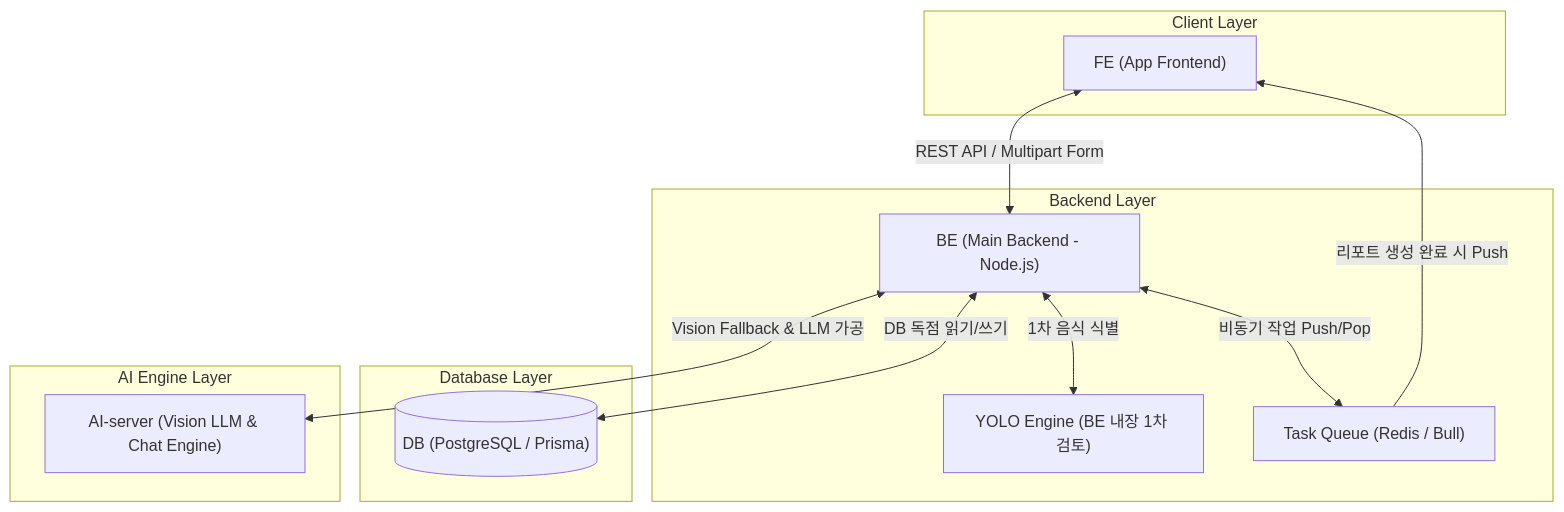
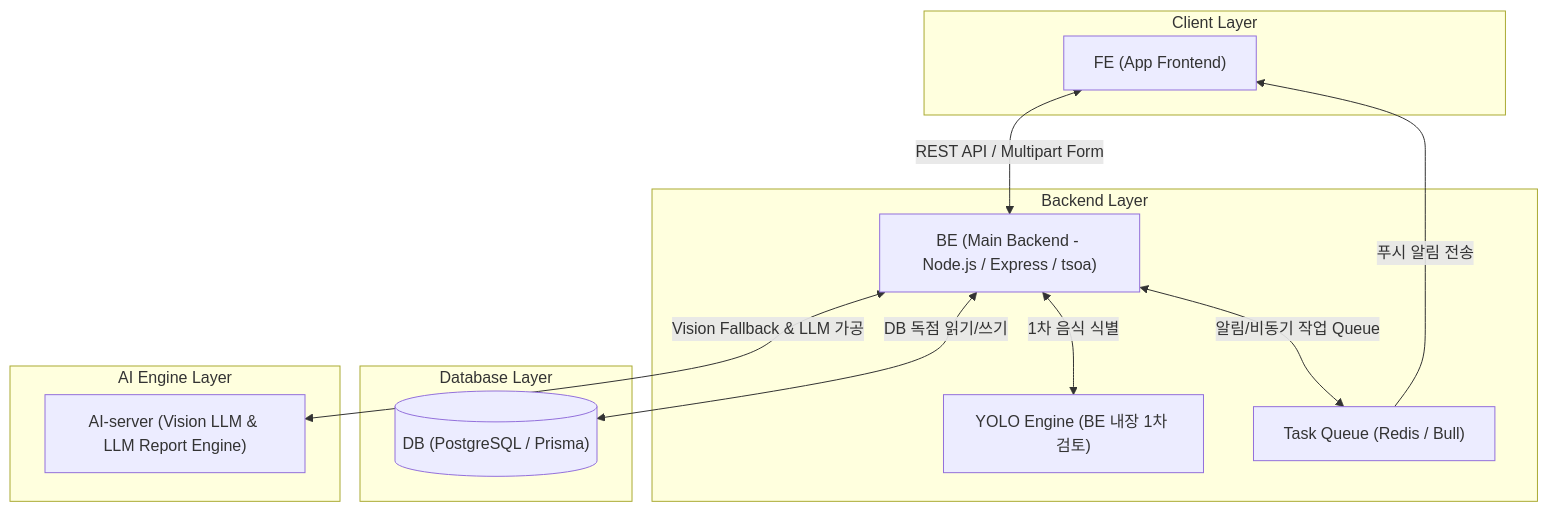
Before and after one commit to wooddang-gachon/NASA_backEnd: the diagram in docs/2. v3/2. System Architecture.md, drawn with Mermaid. The commit also changed other lines of this file and 123 other files, not shown here.

````diff
--- a/docs/2. v3/2. System Architecture.md
+++ b/docs/2. v3/2. System Architecture.md
@@ -9,27 +9,27 @@
 ```mermaid
 flowchart TD
     subgraph Client Layer
         FE["FE (App Frontend)"]
     end
 
     subgraph Backend Layer
-        BE["BE (Main Backend - Node.js)"]
+        BE["BE (Main Backend - Node.js / Express / tsoa)"]
         YOLO["YOLO Engine (BE 내장 1차 검토)"]
         Queue["Task Queue (Redis / Bull)"]
     end
 
     subgraph Database Layer
         DB[("DB (PostgreSQL / Prisma)")]
     end
 
     subgraph AI Engine Layer
-        AI["AI-server (Vision LLM & Chat Engine)"]
+        AI["AI-server (Vision LLM & LLM Report Engine)"]
     end
 
     FE <-->|"REST API / Multipart Form"| BE
     BE <-->|"1차 음식 식별"| YOLO
     BE <-->|"DB 독점 읽기/쓰기"| DB
-    BE <-->|"비동기 작업 Push/Pop"| Queue
+    BE <-->|"알림/비동기 작업 Queue"| Queue
     BE <-->|"Vision Fallback & LLM 가공"| AI
-    Queue -->|"리포트 생성 완료 시 Push"| FE
+    Queue -->|"푸시 알림 전송"| FE
 ```
````
